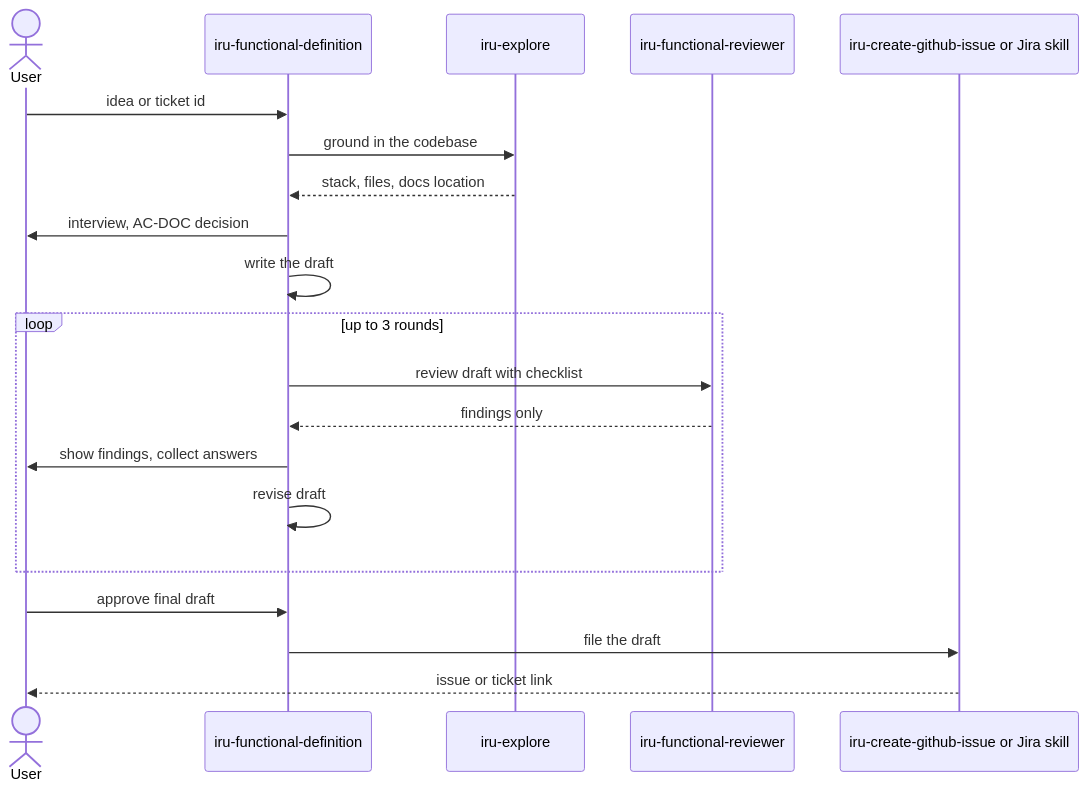
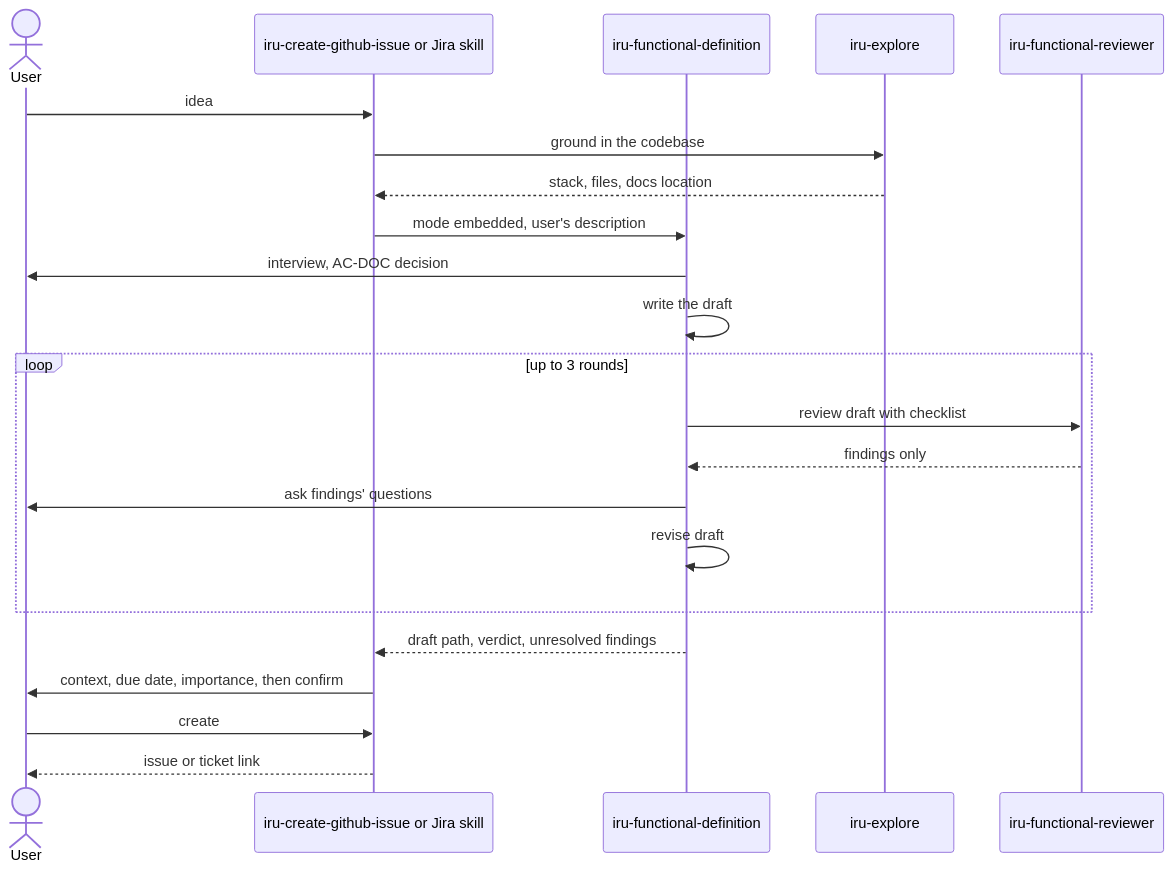
Before and after one commit to albertoirurueta/ai-catalog: the third of 4 diagrams in docs/modules/ROOT/pages/guides/creating-tickets.adoc, drawn with Mermaid. The commit also changed 46 other files, not shown here.

```diff
--- a/docs/modules/ROOT/pages/guides/creating-tickets.adoc
+++ b/docs/modules/ROOT/pages/guides/creating-tickets.adoc
@@ -311,23 +311,25 @@
 [mermaid]
 ....
 sequenceDiagram
     actor U as User
+    participant F as iru-create-github-issue or Jira skill
     participant D as iru-functional-definition
     participant E as iru-explore
     participant R as iru-functional-reviewer
-    participant F as iru-create-github-issue or Jira skill
-    U->>D: idea or ticket id
-    D->>E: ground in the codebase
-    E-->>D: stack, files, docs location
+    U->>F: idea
+    F->>E: ground in the codebase
+    E-->>F: stack, files, docs location
+    F->>D: mode embedded, user's description
     D->>U: interview, AC-DOC decision
     D->>D: write the draft
     loop up to 3 rounds
         D->>R: review draft with checklist
         R-->>D: findings only
-        D->>U: show findings, collect answers
+        D->>U: ask findings' questions
         D->>D: revise draft
     end
-    U->>D: approve final draft
-    D->>F: file the draft
+    D-->>F: draft path, verdict, unresolved findings
+    F->>U: context, due date, importance, then confirm
+    U->>F: create
     F-->>U: issue or ticket link
 ....
```
